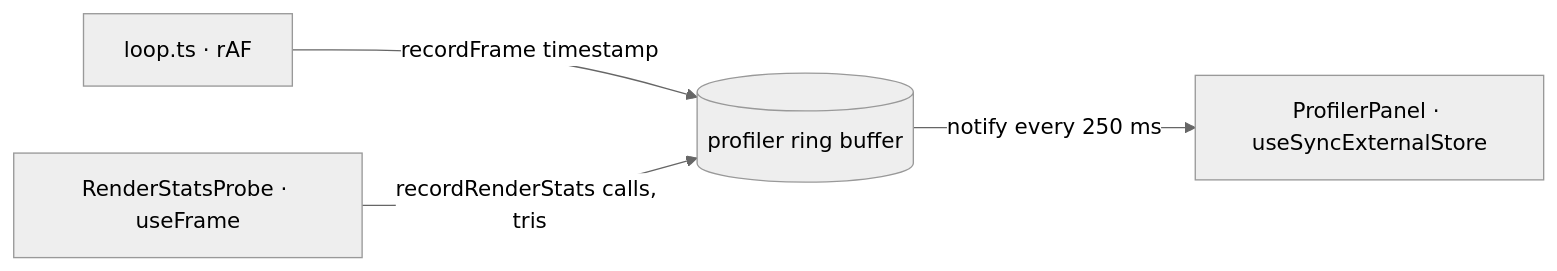
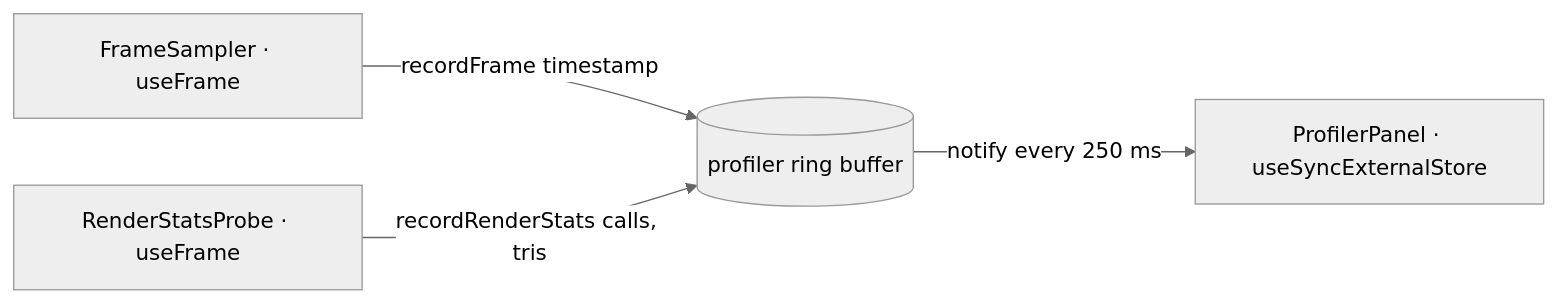
The second of 3 diagrams in docs/SPEC-05-state.md (farukcan/living-city), drawn with Mermaid (neutral theme) before and after one commit. The commit also changed other lines of this file and 6 other files, not shown here.

First line of the commit message:
fix(render): sample F3 fps from the canvas frame loop

````diff
--- a/docs/SPEC-05-state.md
+++ b/docs/SPEC-05-state.md
@@ -101,6 +101,6 @@
 ```mermaid
 flowchart LR
-    LOOP[loop.ts · rAF] -->|recordFrame timestamp| PROF[(profiler ring buffer)]
+    SAMPLE[FrameSampler · useFrame] -->|recordFrame timestamp| PROF[(profiler ring buffer)]
     PROBE[RenderStatsProbe · useFrame] -->|recordRenderStats calls, tris| PROF
     PROF -->|notify every 250 ms| PANEL[ProfilerPanel · useSyncExternalStore]
 ```
````
